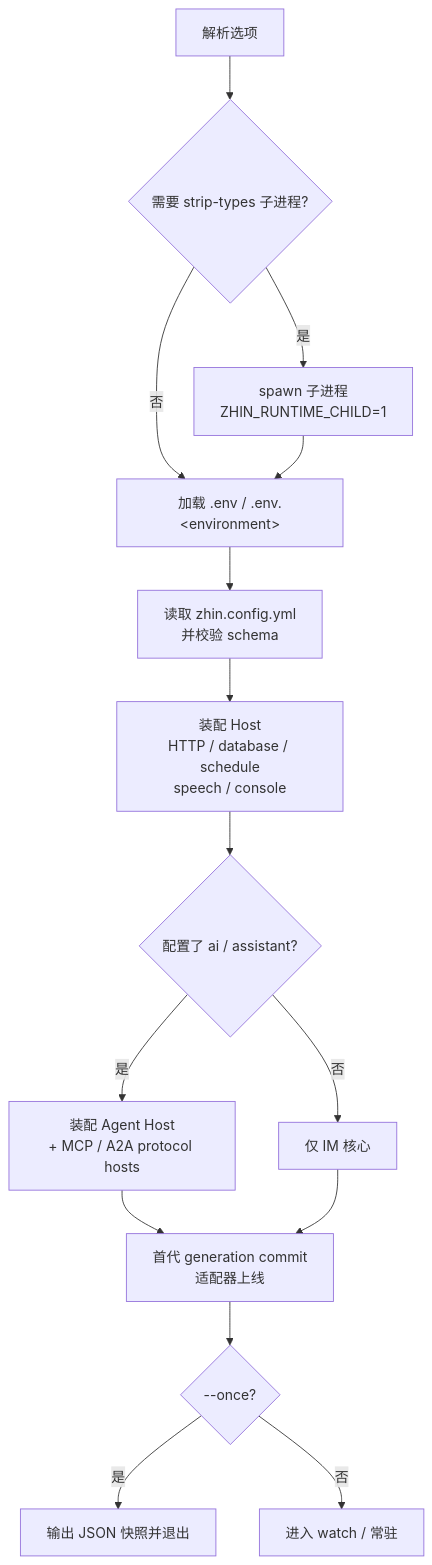
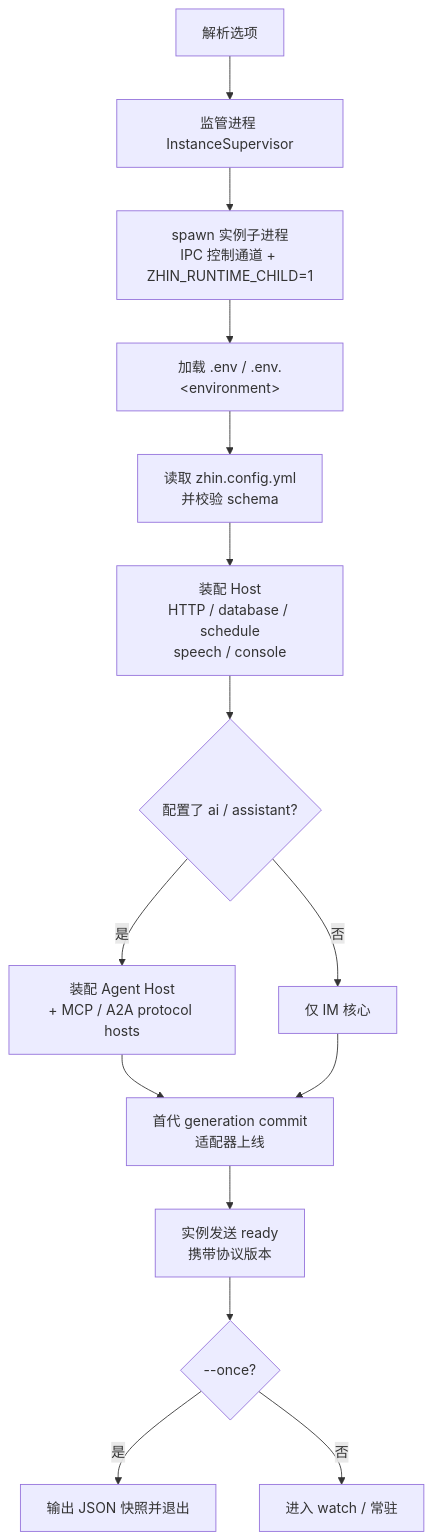
One commit to zhinjs/zhin changed the diagram in docs/cli/runtime.md. Above: the diagram before and after it, drawn with Mermaid. The commit also changed other lines of this file and 36 other files, not shown here.

First line of the commit message:
feat(gateway): IPC instance supervisor replaces exit-code-75 restarts (B1.1)

````diff
--- a/docs/cli/runtime.md
+++ b/docs/cli/runtime.md
@@ -63,17 +63,17 @@
 ```mermaid
 flowchart TD
-    A[解析选项] --> B{需要 strip-types 子进程?}
-    B -- 是 --> C[spawn 子进程<br/>ZHIN_RUNTIME_CHILD=1]
-    B -- 否 --> D[加载 .env / .env.&lt;environment&gt;]
-    C --> D
+    A[解析选项] --> B[监管进程 InstanceSupervisor]
+    B --> C[spawn 实例子进程<br/>IPC 控制通道 + ZHIN_RUNTIME_CHILD=1]
+    C --> D[加载 .env / .env.&lt;environment&gt;]
     D --> E[读取 zhin.config.yml<br/>并校验 schema]
     E --> F[装配 Host<br/>HTTP / database / schedule<br/>speech / console]
     F --> G{配置了 ai / assistant?}
     G -- 是 --> H[装配 Agent Host<br/>+ MCP / A2A protocol hosts]
     G -- 否 --> I[仅 IM 核心]
     H --> J[首代 generation commit<br/>适配器上线]
     I --> J
-    J --> K{--once?}
+    J --> R[实例发送 ready<br/>携带协议版本]
+    R --> K{--once?}
     K -- 是 --> L[输出 JSON 快照并退出]
     K -- 否 --> M[进入 watch / 常驻]
 ```
````
